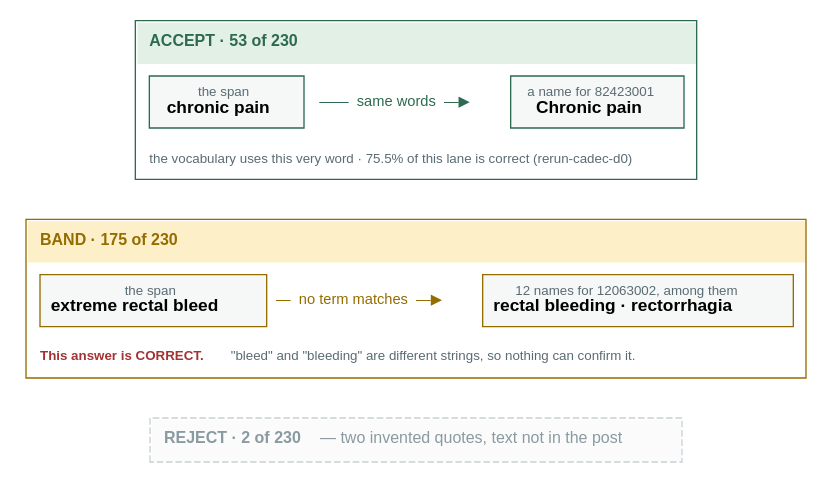
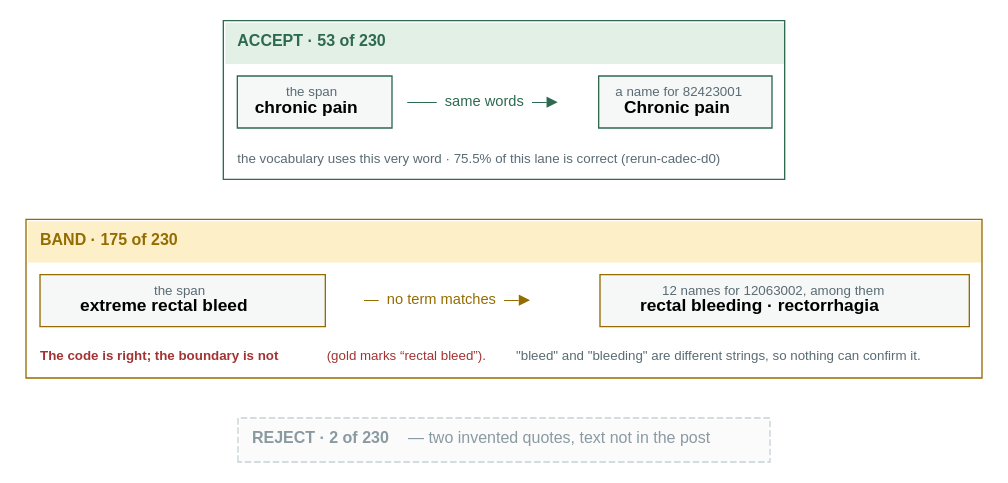
The diagram in docs/figures/fig4a-accept-cadec.dot (wbagais/reliability-ladder), drawn with Graphviz before and after one commit. The commit also changed 1 other file, not shown here.

Commit message:
fig 6/7: the rectal-bleed example is a right code under the wrong boundary

```diff
--- a/docs/figures/fig4a-accept-cadec.dot
+++ b/docs/figures/fig4a-accept-cadec.dot
@@ -1,39 +1,39 @@
 // What rung 1's verdicts look like on CADEC. Two panels, because REJECT is
 // near-empty on this corpus — 2, 2 and 3 records across the three base draws.
 //
 // Both records are real and were replayed 2026-09-02 through r1.zone with the
 // shipped lexical_mode=exact: "chronic pain" matches a term for 82423001;
 // "extreme rectal bleed" matches none of the twelve terms 12063002 carries, and
 // is a CORRECT answer sitting in BAND.
 digraph accept_cadec {
   rankdir=TB; bgcolor="white"; nodesep=0.28; ranksep=0.30;
   node [shape=none fontname="Helvetica" fontsize=12];
 
   acc [label=<<TABLE BORDER="1" CELLBORDER="0" CELLSPACING="0" CELLPADDING="9" COLOR="#2d6a4f">
     <TR><TD ALIGN="LEFT" BGCOLOR="#e3f0e6"><FONT POINT-SIZE="12" COLOR="#2d6a4f"><B>ACCEPT · 53 of 230</B></FONT></TD></TR>
     <TR><TD ALIGN="LEFT" BGCOLOR="#ffffff"><TABLE BORDER="0" CELLBORDER="1" CELLSPACING="0" CELLPADDING="7">
       <TR>
         <TD BGCOLOR="#f6f8f8"><FONT POINT-SIZE="10.5" COLOR="#5a6b73">the span</FONT><BR/><FONT POINT-SIZE="13"><B>chronic pain</B></FONT></TD>
         <TD BORDER="0"><FONT POINT-SIZE="11" COLOR="#2d6a4f"> &#8212;&#8212;  same words  &#8212;&#9654; </FONT></TD>
         <TD BGCOLOR="#f6f8f8"><FONT POINT-SIZE="10.5" COLOR="#5a6b73">a name for 82423001</FONT><BR/><FONT POINT-SIZE="13"><B>Chronic pain</B></FONT></TD>
       </TR></TABLE></TD></TR>
     <TR><TD ALIGN="LEFT" BGCOLOR="#ffffff"><FONT POINT-SIZE="10.5" COLOR="#5a6b73">the vocabulary uses this very word &#183; 75.5% of this lane is correct (rerun-cadec-d0)</FONT></TD></TR>
     </TABLE>>];
 
   band [label=<<TABLE BORDER="1" CELLBORDER="0" CELLSPACING="0" CELLPADDING="9" COLOR="#946c00">
     <TR><TD ALIGN="LEFT" BGCOLOR="#fdf0c8"><FONT POINT-SIZE="12" COLOR="#946c00"><B>BAND · 175 of 230</B></FONT></TD></TR>
     <TR><TD ALIGN="LEFT" BGCOLOR="#ffffff"><TABLE BORDER="0" CELLBORDER="1" CELLSPACING="0" CELLPADDING="7">
       <TR>
         <TD BGCOLOR="#f6f8f8"><FONT POINT-SIZE="10.5" COLOR="#5a6b73">the span</FONT><BR/><FONT POINT-SIZE="13"><B>extreme rectal bleed</B></FONT></TD>
         <TD BORDER="0"><FONT POINT-SIZE="11" COLOR="#946c00"> &#8212;  no term matches  &#8212;&#9654; </FONT></TD>
         <TD BGCOLOR="#f6f8f8"><FONT POINT-SIZE="10.5" COLOR="#5a6b73">12 names for 12063002, among them</FONT><BR/><FONT POINT-SIZE="13"><B>rectal bleeding &#183; rectorrhagia</B></FONT></TD>
       </TR></TABLE></TD></TR>
-    <TR><TD ALIGN="LEFT" BGCOLOR="#ffffff"><FONT POINT-SIZE="10.5" COLOR="#a33333"><B>This answer is CORRECT.</B> <FONT COLOR="#5a6b73">"bleed" and "bleeding" are different strings, so nothing can confirm it.</FONT></FONT></TD></TR>
+    <TR><TD ALIGN="LEFT" BGCOLOR="#ffffff"><FONT POINT-SIZE="10.5" COLOR="#a33333"><B>The code is right; the boundary is not</B> (gold marks &#8220;rectal bleed&#8221;). <FONT COLOR="#5a6b73">"bleed" and "bleeding" are different strings, so nothing can confirm it.</FONT></FONT></TD></TR>
     </TABLE>>];
 
   rej [label=<<TABLE BORDER="1" CELLBORDER="0" CELLSPACING="0" CELLPADDING="9" COLOR="#c8d1d5" STYLE="dashed">
     <TR><TD ALIGN="LEFT" BGCOLOR="#fbfbfb"><FONT POINT-SIZE="12" COLOR="#8a9aa1"><B>REJECT &#183; 2 of 230</B> &#8212; two invented quotes, text not in the post</FONT></TD></TR>
     </TABLE>>];
 
   acc -> band [style=invis]; band -> rej [style=invis];
 }
```
